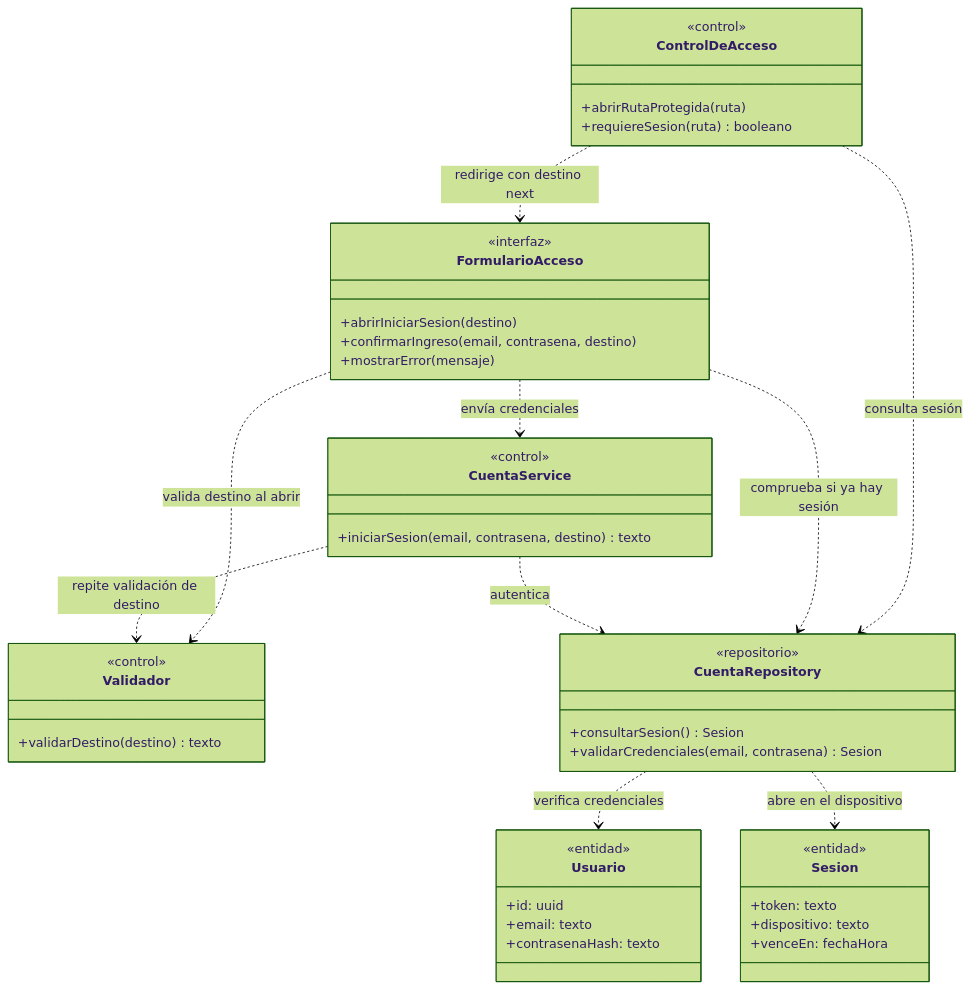
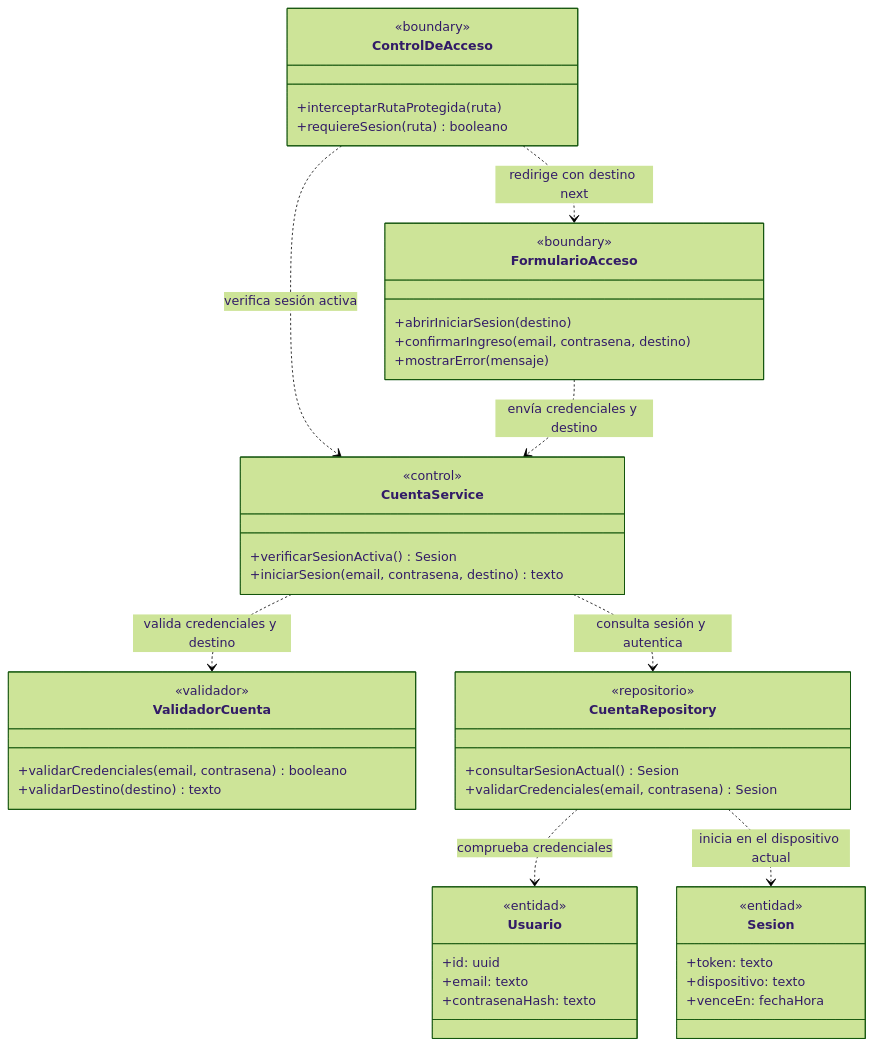
One commit to nicqletal/torneos-scraper changed the third of 7 diagrams in docs/diagramas-de-clase/cuenta-y-acceso.md. Above: the diagram before and after it, drawn with Mermaid (forest theme). The commit also changed other lines of this file and 12 other files, not shown here.

Commit message:
Correcion Diagramas de Clase

````diff
--- a/docs/diagramas-de-clase/cuenta-y-acceso.md
+++ b/docs/diagramas-de-clase/cuenta-y-acceso.md
@@ -223,49 +176,49 @@
 ```mermaid
 classDiagram
 direction TB
 class ControlDeAcceso {
-  <<control>>
-  +abrirRutaProtegida(ruta)
+  <<boundary>>
+  +interceptarRutaProtegida(ruta)
   +requiereSesion(ruta) booleano
 }
 class FormularioAcceso {
-  <<interfaz>>
+  <<boundary>>
   +abrirIniciarSesion(destino)
   +confirmarIngreso(email, contrasena, destino)
   +mostrarError(mensaje)
 }
 class CuentaService {
   <<control>>
+  +verificarSesionActiva() Sesion
   +iniciarSesion(email, contrasena, destino) texto
 }
-class Validador {
-  <<control>>
+class ValidadorCuenta {
+  <<validador>>
+  +validarCredenciales(email, contrasena) booleano
   +validarDestino(destino) texto
 }
 class CuentaRepository {
   <<repositorio>>
-  +consultarSesion() Sesion
+  +consultarSesionActual() Sesion
   +validarCredenciales(email, contrasena) Sesion
 }
 class Usuario {
   <<entidad>>
   +id: uuid
   +email: texto
   +contrasenaHash: texto
 }
 class Sesion {
   <<entidad>>
   +token: texto
   +dispositivo: texto
   +venceEn: fechaHora
 }
-ControlDeAcceso ..> CuentaRepository : consulta sesión
+ControlDeAcceso ..> CuentaService : verifica sesión activa
 ControlDeAcceso ..> FormularioAcceso : redirige con destino next
-FormularioAcceso ..> CuentaRepository : comprueba si ya hay sesión
-FormularioAcceso ..> Validador : valida destino al abrir
-FormularioAcceso ..> CuentaService : envía credenciales
-CuentaService ..> Validador : repite validación de destino
-CuentaService ..> CuentaRepository : autentica
-CuentaRepository ..> Usuario : verifica credenciales
-CuentaRepository ..> Sesion : abre en el dispositivo
+FormularioAcceso ..> CuentaService : envía credenciales y destino
+CuentaService ..> ValidadorCuenta : valida credenciales y destino
+CuentaService ..> CuentaRepository : consulta sesión y autentica
+CuentaRepository ..> Usuario : comprueba credenciales
+CuentaRepository ..> Sesion : inicia en el dispositivo actual
 ```
````
